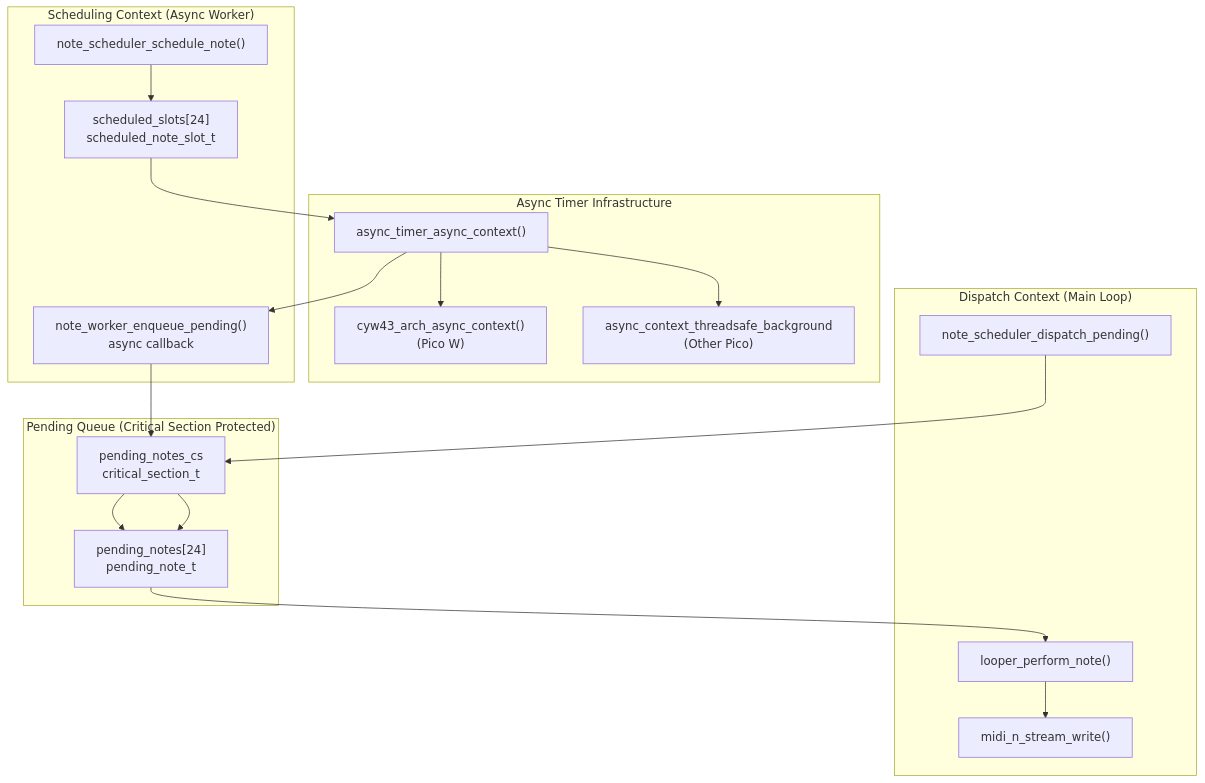
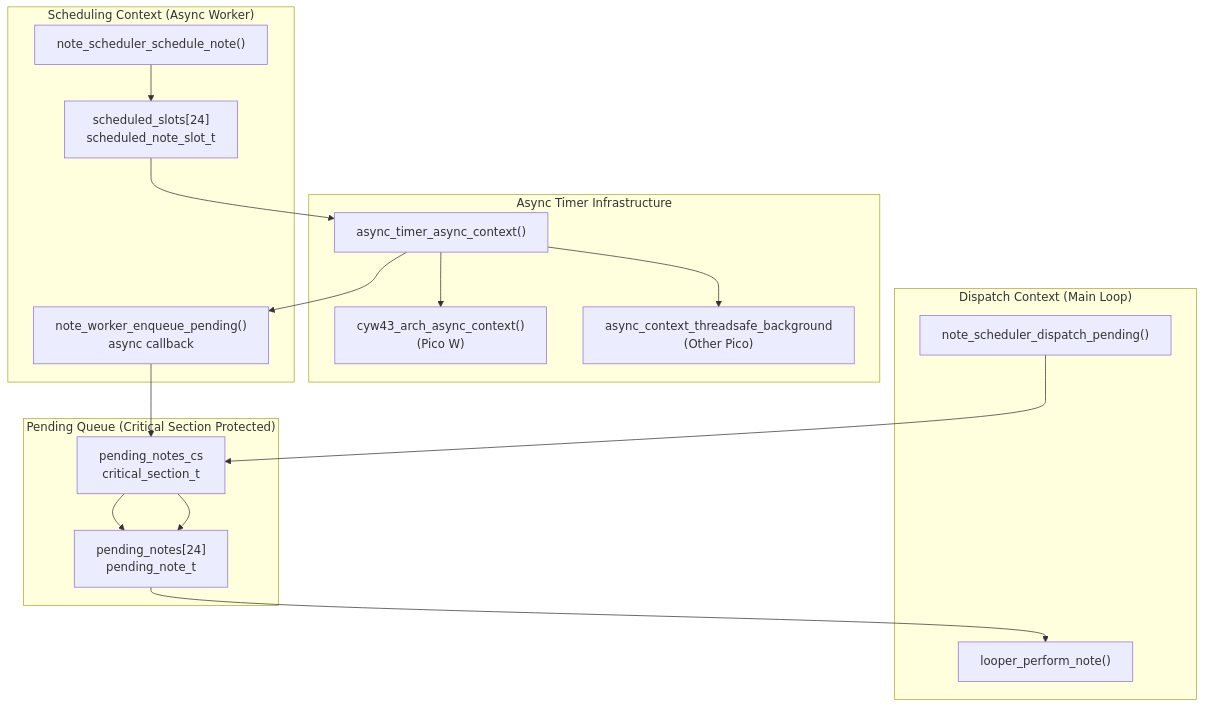
Before and after one commit to Jus-Be/orinayo-pico: the first of 3 diagrams in wiki/5.5-note-scheduler.md, drawn with Mermaid. The commit also changed other lines of this file and 42 other files, not shown here.

````diff
--- a/wiki/5.5-note-scheduler.md
+++ b/wiki/5.5-note-scheduler.md
@@ -37,50 +45,47 @@
 ```mermaid
 flowchart TD
 
 ScheduleCall["note_scheduler_schedule_note()"]
 SlotArray["scheduled_slots[24]<br>scheduled_note_slot_t"]
 AsyncWorker["note_worker_enqueue_pending()<br>async callback"]
 PendingArray["pending_notes[24]<br>pending_note_t"]
 CritSect["pending_notes_cs<br>critical_section_t"]
 DispatchCall["note_scheduler_dispatch_pending()"]
 PerformNote["looper_perform_note()"]
-MIDIOut["midi_n_stream_write()"]
 AsyncCtx["async_timer_async_context()"]
 CYW43["cyw43_arch_async_context()<br>(Pico W)"]
 Threadsafe["async_context_threadsafe_background<br>(Other Pico)"]
 
 SlotArray --> AsyncCtx
 AsyncCtx --> AsyncWorker
 AsyncWorker --> CritSect
 DispatchCall --> CritSect
 PendingArray --> PerformNote
 
 subgraph subGraph3 ["Async Timer Infrastructure"]
     AsyncCtx
     CYW43
     Threadsafe
     AsyncCtx --> CYW43
     AsyncCtx --> Threadsafe
 end
 
 subgraph subGraph2 ["Dispatch Context (Main Loop)"]
     DispatchCall
     PerformNote
-    MIDIOut
-    PerformNote --> MIDIOut
 end
 
 subgraph subGraph1 ["Pending Queue (Critical Section Protected)"]
     PendingArray
     CritSect
     CritSect --> PendingArray
     CritSect --> PendingArray
 end
 
 subgraph subGraph0 ["Scheduling Context (Async Worker)"]
     ScheduleCall
     SlotArray
     AsyncWorker
     ScheduleCall --> SlotArray
 end
 ```
````
